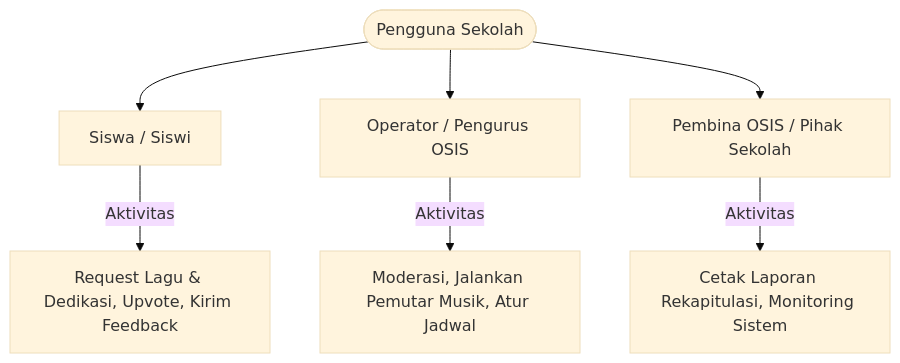
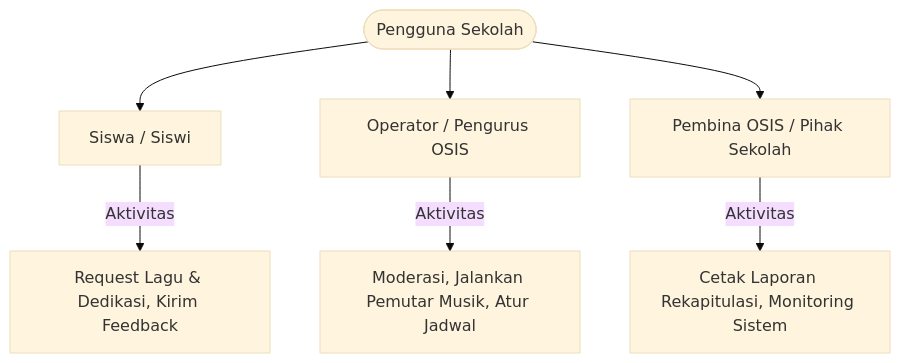
Before and after one commit to seladabiru/selada: the first of 5 diagrams in PRD.md, drawn with Mermaid (base theme). The commit also changed other lines of this file and 25 other files, not shown here.

````diff
--- a/PRD.md
+++ b/PRD.md
@@ -45,11 +45,11 @@
 ```mermaid
 graph TD
     User([Pengguna Sekolah])
     User --> Siswa[Siswa / Siswi]
     User --> Operator[Operator / Pengurus OSIS]
     User --> Pembina[Pembina OSIS / Pihak Sekolah]
     
-    Siswa -->|Aktivitas| Req[Request Lagu & Dedikasi, Upvote, Kirim Feedback]
+    Siswa -->|Aktivitas| Req[Request Lagu & Dedikasi, Kirim Feedback]
     Operator -->|Aktivitas| Mod[Moderasi, Jalankan Pemutar Musik, Atur Jadwal]
     Pembina -->|Aktivitas| Rep[Cetak Laporan Rekapitulasi, Monitoring Sistem]
 ```
````
